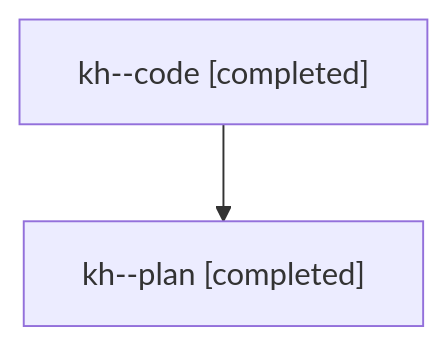
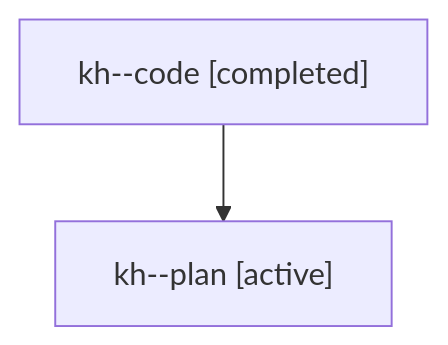
One commit to sase-org/sase--agents changed the diagram in families/bbugyi200.athena.kh.md. Above: the diagram before and after it, drawn with Mermaid. The commit also changed other lines of this file and 8679 other files, not shown here.

````diff
--- a/families/bbugyi200.athena.kh.md
+++ b/families/bbugyi200.athena.kh.md
@@ -9,6 +9,6 @@
 ```mermaid
 flowchart TD
   n0["kh--code [completed]"]
-  n1["kh--plan [completed]"]
+  n1["kh--plan [active]"]
   n0 --> n1
 ```
````
